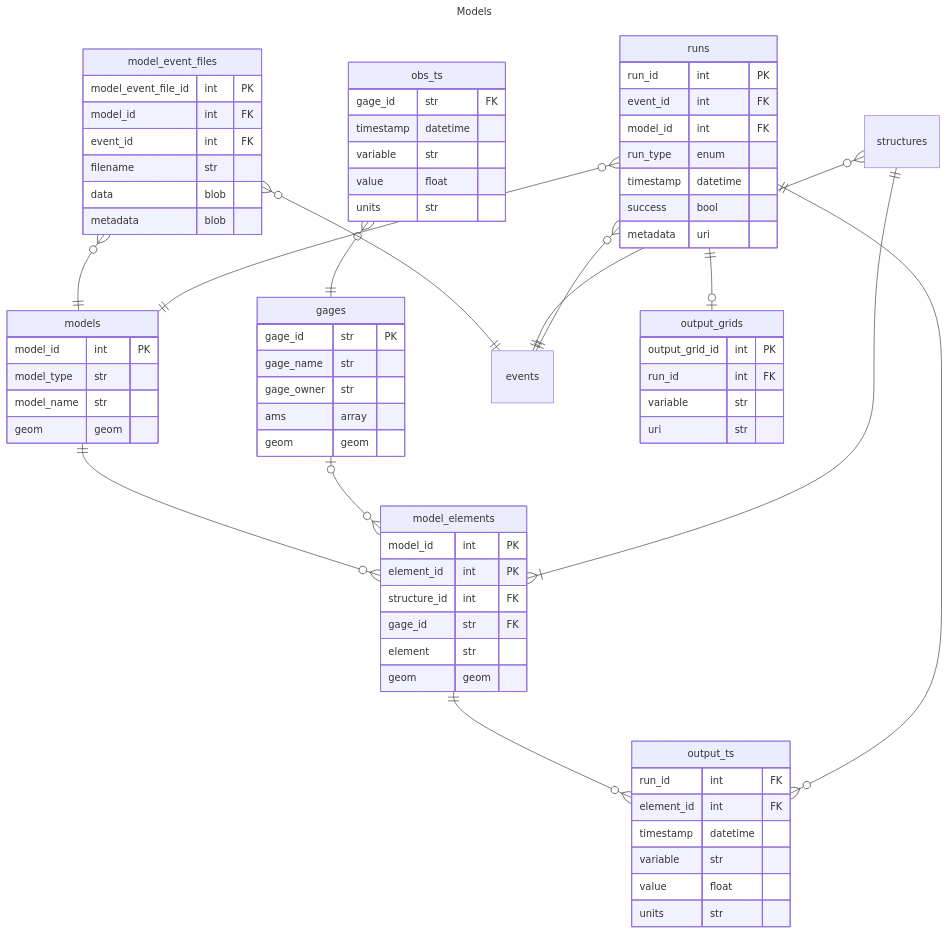
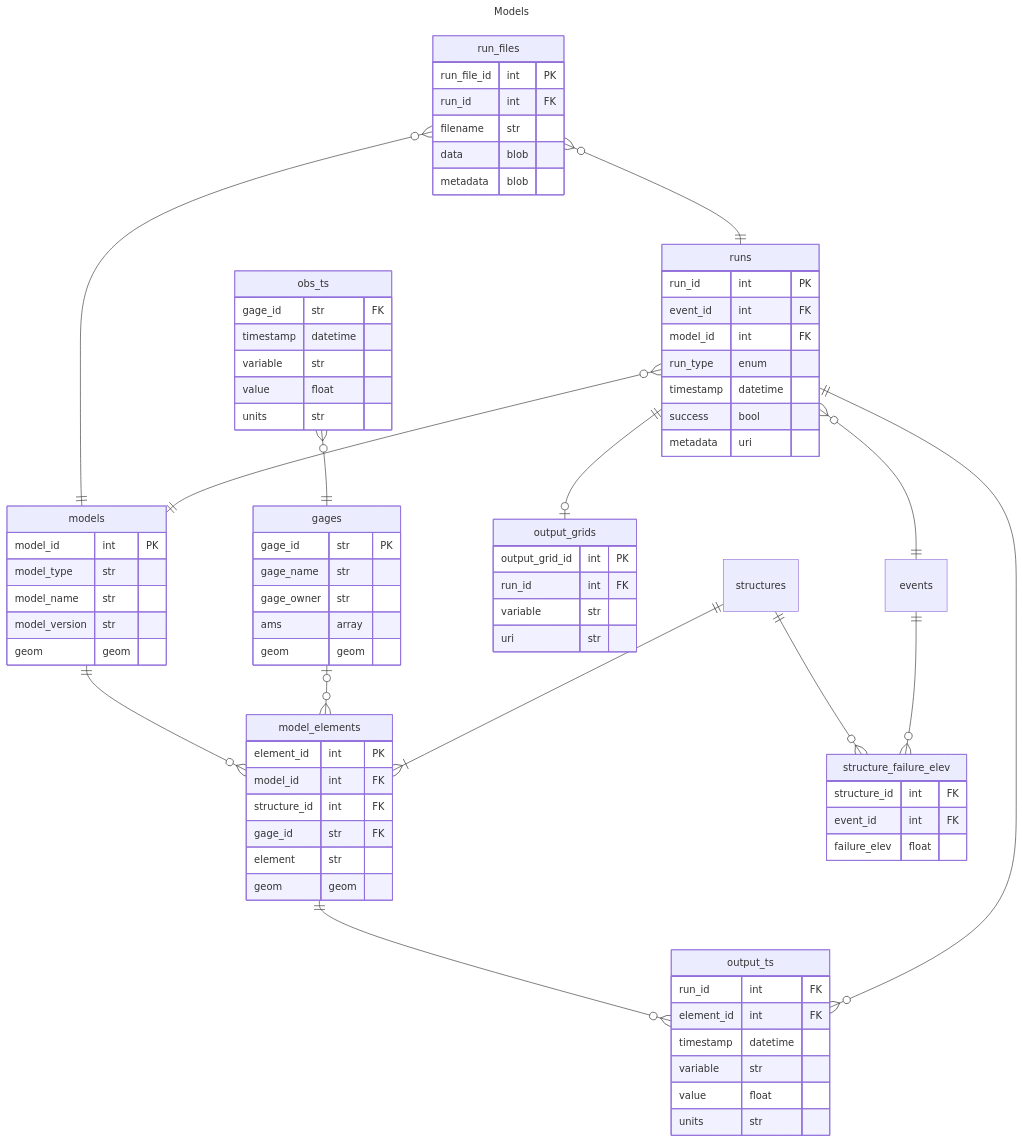
One commit to fema-ffrd/ffrd-data-model changed the diagram in rdb/models.mmd. Above: the diagram before and after it, drawn with Mermaid. The commit also changed 2 other files, not shown here.

Commit message:
rdb diagram improvements

```diff
--- a/rdb/models.mmd
+++ b/rdb/models.mmd
@@ -1,82 +1,88 @@
 ---
 title: Models
 ---
 
 erDiagram
 
     obs_ts }o--|| gages : ""
     models ||--o{ model_elements : ""
     model_elements ||--o{ output_ts : ""
-    model_event_files }o--|| models : ""
-    model_event_files }o--|| events : ""
+    run_files }o--|| models : ""
+    run_files }o--|| runs : ""
     gages |o--o{ model_elements : ""
     runs ||--o{ output_ts : ""
     runs ||--o| output_grids : ""
     structures ||--|{ model_elements : ""
-    structures }o--|| events : ""
+    structures ||--o{ structure_failure_elev : ""
+    events ||--o{ structure_failure_elev : ""
     runs }o--|| models : ""
     runs }o--|| events : ""
 
     events {
        }
     gages {
         gage_id str PK
         gage_name str
         gage_owner str
         ams array
         geom geom
     }
     models {
         model_id int PK
         model_type str
         model_name str
+        model_version str
         geom geom
     }
     model_elements {
-        model_id int PK
         element_id int PK
+        model_id int FK
         structure_id int FK
         gage_id str FK
         element str
         geom geom
     }
-    model_event_files {
-        model_event_file_id int PK
-        model_id int FK
-        event_id int FK
+    run_files {
+        run_file_id int PK
+        run_id int FK
         filename str
         data blob
         metadata blob
     }
     output_ts {
         run_id int FK
         element_id int FK
         timestamp datetime
         variable str
         value float
         units str
     }
     output_grids {
         output_grid_id int PK
         run_id int FK
         variable str
         uri str
     }
     obs_ts {
         gage_id str FK
         timestamp datetime
         variable str
         value float
         units str
     }
     structures {
     }
     runs {
         run_id int PK
         event_id int FK
         model_id int FK
         run_type enum
         timestamp datetime
         success bool
         metadata uri
     }
+    structure_failure_elev {
+        structure_id int FK
+        event_id int FK
+        failure_elev float
+    }
```
